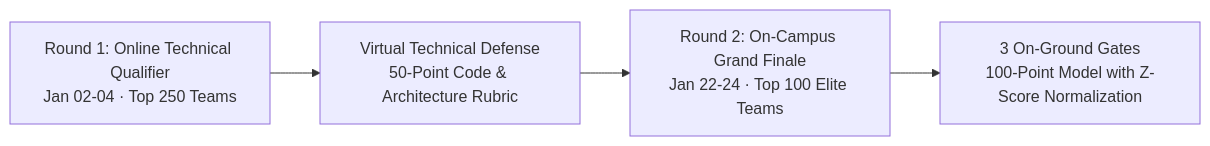
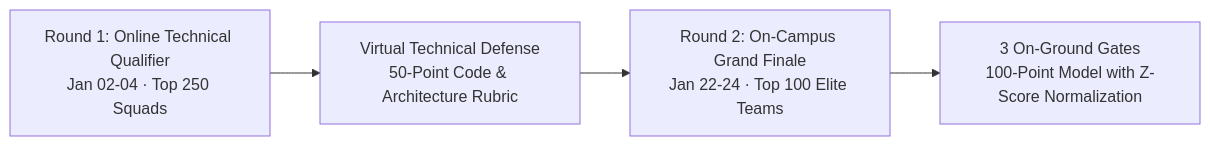
Before and after one commit to MasterZ1311/Kairos: the diagram in docs/07_judges_and_mentors_handbook.md, drawn with Mermaid. The commit also changed other lines of this file and 100 other files, not shown here.

````diff
--- a/docs/07_judges_and_mentors_handbook.md
+++ b/docs/07_judges_and_mentors_handbook.md
@@ -17,6 +17,6 @@
 ```mermaid
 graph LR
-    O1[Round 1: Online Technical Qualifier<br/>Jan 02-04 · Top 250 Teams] --> J1[Virtual Technical Defense<br/>50-Point Code & Architecture Rubric]
-    J1 --> O2[Round 2: On-Campus Grand Finale<br/>Jan 22-24 · Top 100 Elite Teams]
-    O2 --> J2[3 On-Ground Gates<br/>100-Point Model with Z-Score Normalization]
+    O1["Round 1: Online Technical Qualifier<br/>Jan 02-04 · Top 250 Squads"] --> J1["Virtual Technical Defense<br/>50-Point Code & Architecture Rubric"]
+    J1 --> O2["Round 2: On-Campus Grand Finale<br/>Jan 22-24 · Top 100 Elite Teams"]
+    O2 --> J2["3 On-Ground Gates<br/>100-Point Model with Z-Score Normalization"]
 ```
````
